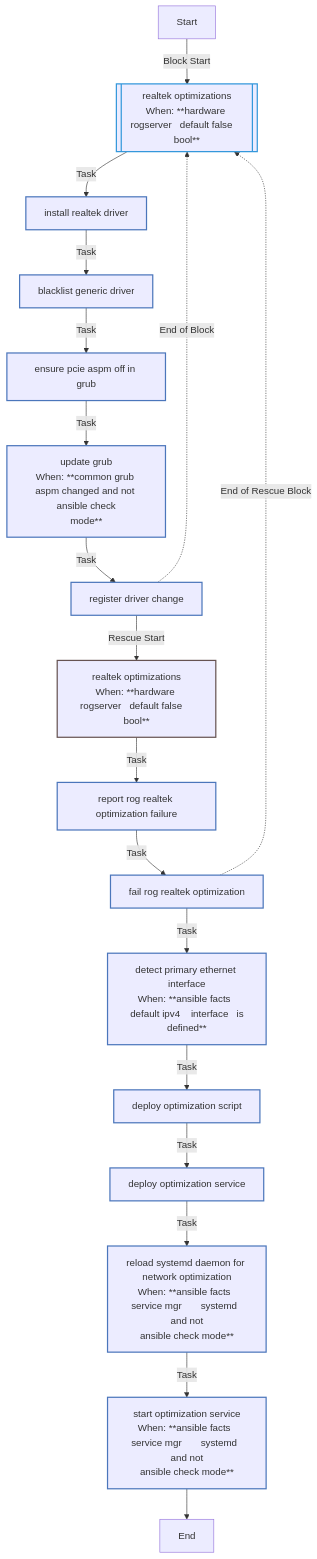
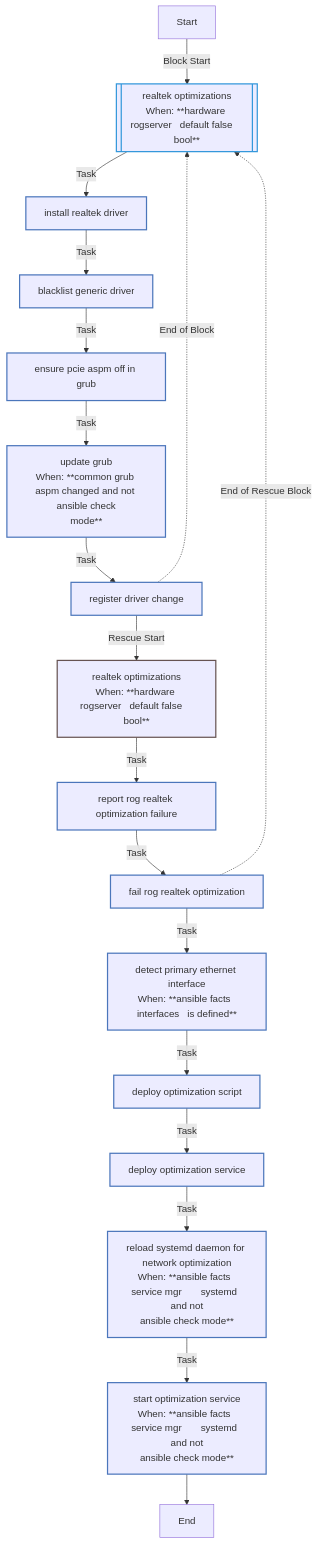
Before and after one commit to rou-cru/k3s-homelab: the sixth of 8 diagrams in roles/common/README.md, drawn with Mermaid. The commit also changed other lines of this file and 42 other files, not shown here.

````diff
--- a/roles/common/README.md
+++ b/roles/common/README.md
@@ -520,30 +499,30 @@
 ```mermaid
 flowchart TD
 Start
 classDef block stroke:#3498db,stroke-width:2px;
 classDef task stroke:#4b76bb,stroke-width:2px;
 classDef includeTasks stroke:#16a085,stroke-width:2px;
 classDef importTasks stroke:#34495e,stroke-width:2px;
 classDef includeRole stroke:#2980b9,stroke-width:2px;
 classDef importRole stroke:#699ba7,stroke-width:2px;
 classDef includeVars stroke:#8e44ad,stroke-width:2px;
 classDef rescue stroke:#665352,stroke-width:2px;
 
   Start-->|Block Start| Realtek_optimizations0_block_start_0[[realtek optimizations<br>When: **hardware rogserver   default false    bool**]]:::block
   Realtek_optimizations0_block_start_0-->|Task| Install_Realtek_driver0[install realtek driver]:::task
   Install_Realtek_driver0-->|Task| Blacklist_generic_driver1[blacklist generic driver]:::task
   Blacklist_generic_driver1-->|Task| Ensure_pcie_aspm_off_in_GRUB2[ensure pcie aspm off in grub]:::task
   Ensure_pcie_aspm_off_in_GRUB2-->|Task| Update_GRUB3[update grub<br>When: **common grub aspm changed and not ansible check<br>mode**]:::task
   Update_GRUB3-->|Task| Register_driver_change4[register driver change]:::task
   Register_driver_change4-.->|End of Block| Realtek_optimizations0_block_start_0
   Register_driver_change4-->|Rescue Start| Realtek_optimizations0_rescue_start_0[realtek optimizations<br>When: **hardware rogserver   default false    bool**]:::rescue
   Realtek_optimizations0_rescue_start_0-->|Task| Report_RoG_Realtek_optimization_failure0[report rog realtek optimization failure]:::task
   Report_RoG_Realtek_optimization_failure0-->|Task| Fail_RoG_Realtek_optimization1[fail rog realtek optimization]:::task
   Fail_RoG_Realtek_optimization1-.->|End of Rescue Block| Realtek_optimizations0_block_start_0
-  Fail_RoG_Realtek_optimization1-->|Task| Detect_primary_ethernet_interface1[detect primary ethernet interface<br>When: **ansible facts  default ipv4    interface   is<br>defined**]:::task
+  Fail_RoG_Realtek_optimization1-->|Task| Detect_primary_ethernet_interface1[detect primary ethernet interface<br>When: **ansible facts  interfaces   is defined**]:::task
   Detect_primary_ethernet_interface1-->|Task| Deploy_optimization_script2[deploy optimization script]:::task
   Deploy_optimization_script2-->|Task| Deploy_optimization_service3[deploy optimization service]:::task
   Deploy_optimization_service3-->|Task| Reload_systemd_daemon_for_network_optimization4[reload systemd daemon for network optimization<br>When: **ansible facts  service mgr       systemd  and not<br>ansible check mode**]:::task
   Reload_systemd_daemon_for_network_optimization4-->|Task| Start_optimization_service5[start optimization service<br>When: **ansible facts  service mgr       systemd  and not<br>ansible check mode**]:::task
   Start_optimization_service5-->End
 ```
````
